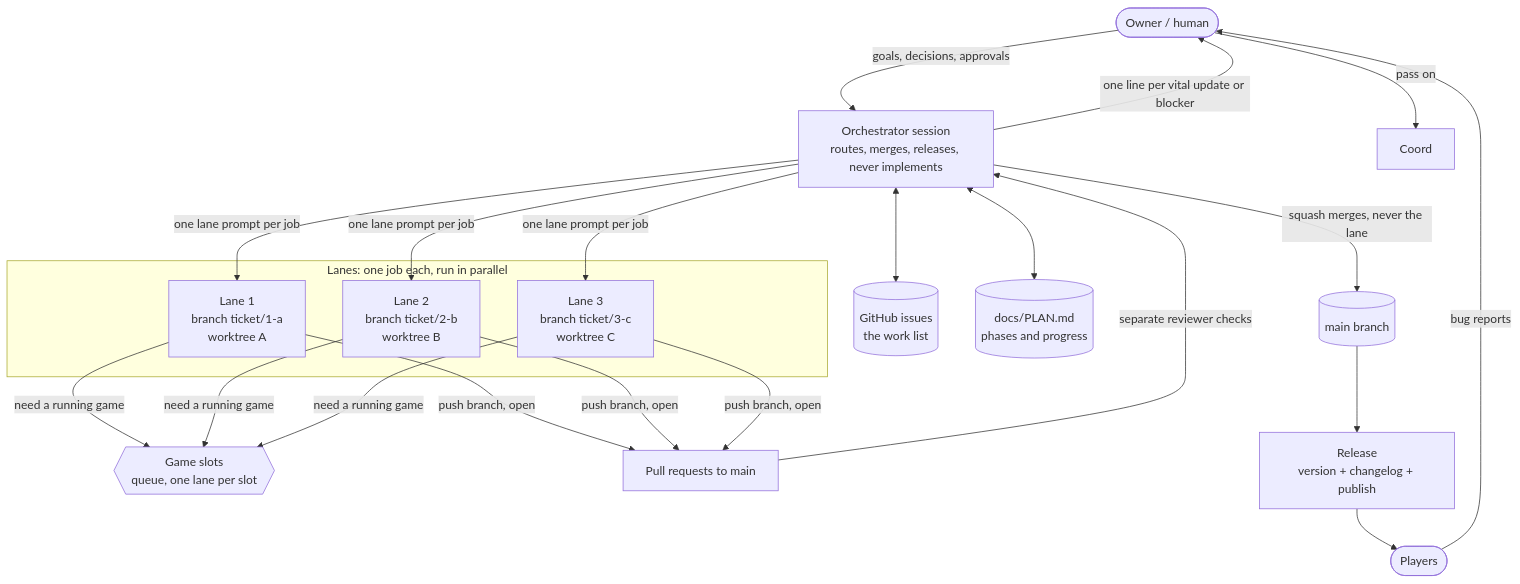
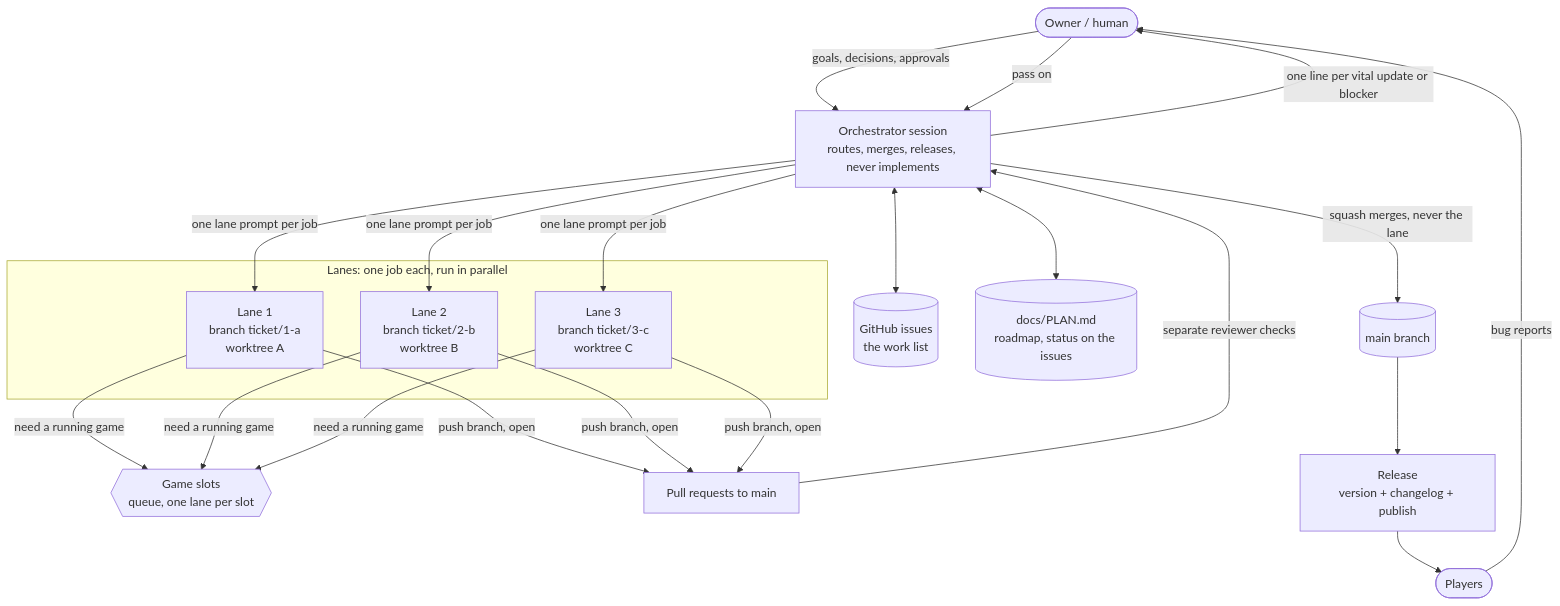
One commit to synpoox/d2rAI-toolkit changed the diagram in docs/ai-workflow.md. Above: the diagram before and after it, drawn with Mermaid. The commit also changed other lines of this file and 10 other files, not shown here.

Commit message:
Orchestrator: one no-wait slot rule, reviewer wording, roadmap PLAN, cap of 5 implementers, diagram fixes

````diff
--- a/docs/ai-workflow.md
+++ b/docs/ai-workflow.md
@@ -32,32 +32,32 @@
 ```mermaid
 flowchart TD
     Owner([Owner / human])
     Orch[Orchestrator session<br/>routes, merges, releases, never implements]
     Issues[(GitHub issues<br/>the work list)]
-    Plan[(docs/PLAN.md<br/>phases and progress)]
+    Plan[(docs/PLAN.md<br/>roadmap, status on the issues)]
 
     subgraph Lanes [Lanes: one job each, run in parallel]
         L1[Lane 1<br/>branch ticket/1-a<br/>worktree A]
         L2[Lane 2<br/>branch ticket/2-b<br/>worktree B]
         L3[Lane 3<br/>branch ticket/3-c<br/>worktree C]
     end
 
     Slots{{Game slots<br/>queue, one lane per slot}}
     PR[Pull requests to main]
     Main[(main branch)]
     Rel[Release<br/>version + changelog + publish]
     Players([Players])
 
     Owner -- goals, decisions, approvals --> Orch
     Orch -- one line per vital update or blocker --> Owner
     Orch <--> Issues
     Orch <--> Plan
     Orch -- one lane prompt per job --> L1 & L2 & L3
     L1 & L2 & L3 -- need a running game --> Slots
     L1 & L2 & L3 -- push branch, open --> PR
     PR -- separate reviewer checks --> Orch
     Orch -- squash merges, never the lane --> Main
     Main --> Rel --> Players
     Players -- bug reports --> Owner
-    Owner -- pass on --> Coord
+    Owner -- pass on --> Orch
 ```
````
